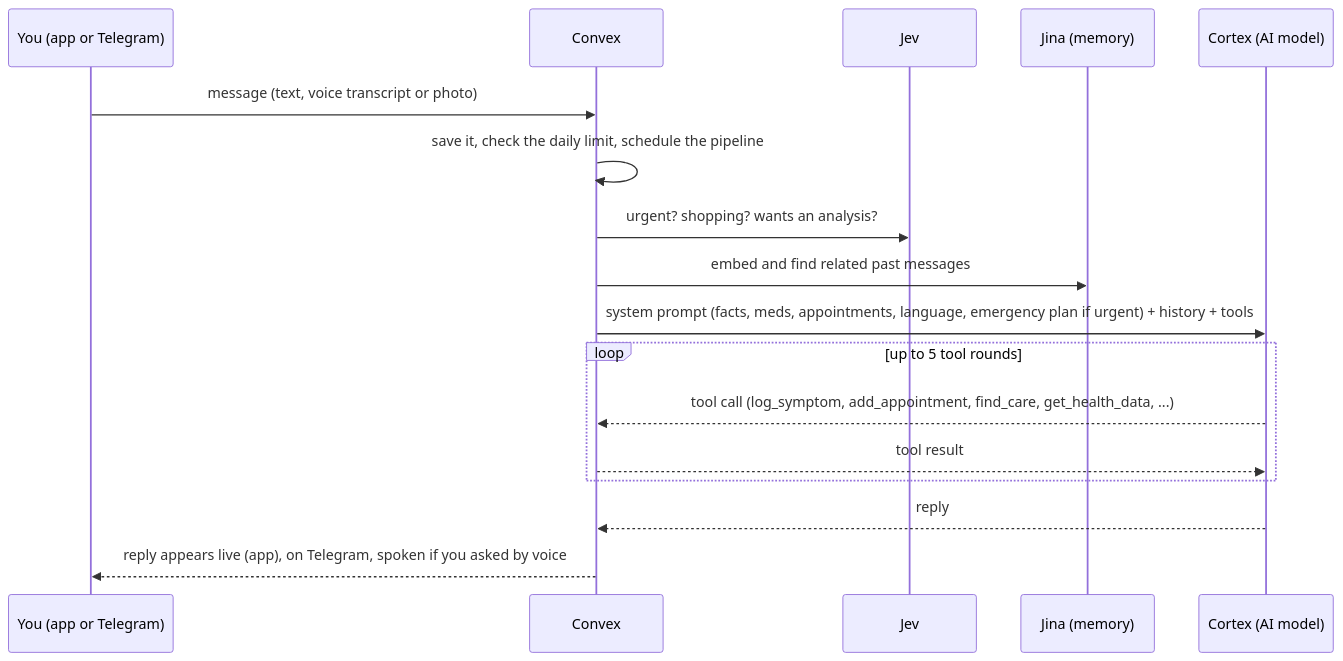
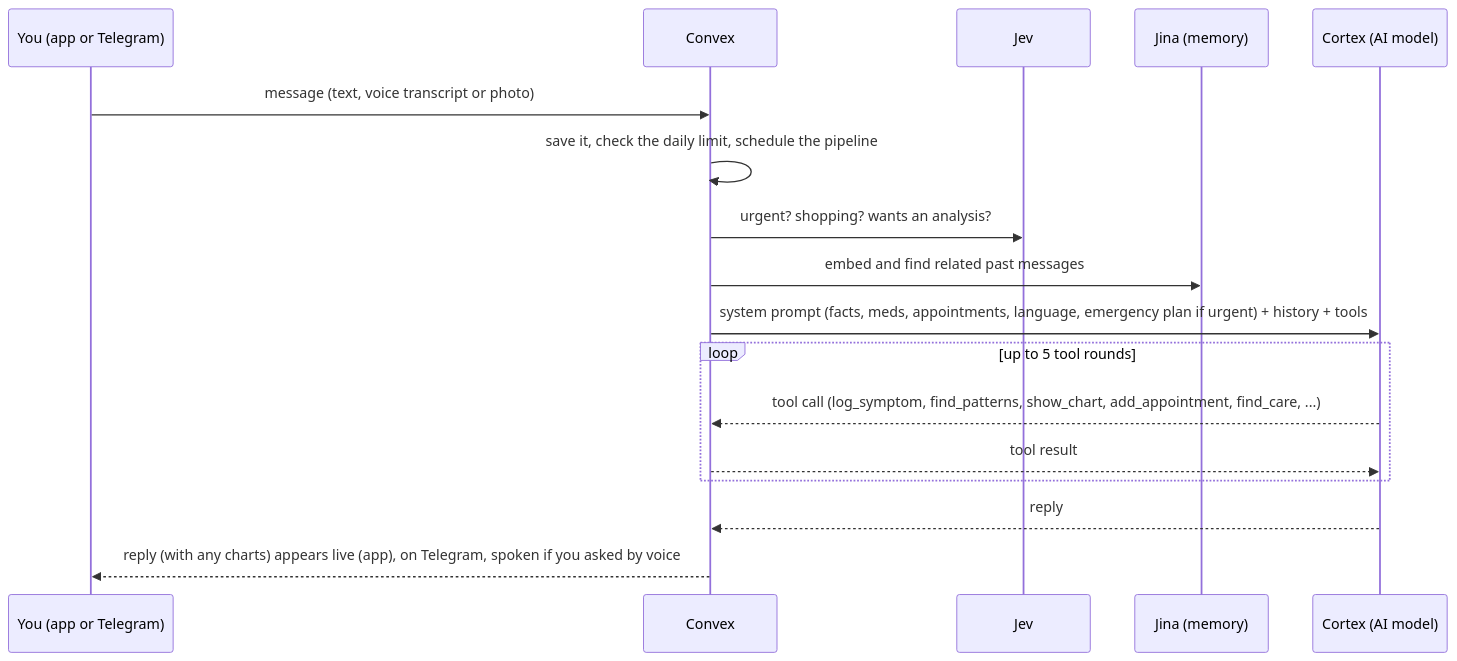
One commit to johnandrian/wellnest changed the second of 4 diagrams in README.md. Above: the diagram before and after it, drawn with Mermaid. The commit also changed other lines of this file, not shown here.

Commit message:
doc: describe patterns, weather triggers, charts in chat, appointment questions and the weekly summary in the README

````diff
--- a/README.md
+++ b/README.md
@@ -62,19 +64,19 @@
 ```mermaid
 sequenceDiagram
   participant U as You (app or Telegram)
   participant C as Convex
   participant J as Jev
   participant M as Jina (memory)
   participant AI as Cortex (AI model)
   U->>C: message (text, voice transcript or photo)
   C->>C: save it, check the daily limit, schedule the pipeline
   C->>J: urgent? shopping? wants an analysis?
   C->>M: embed and find related past messages
   C->>AI: system prompt (facts, meds, appointments, language, emergency plan if urgent) + history + tools
   loop up to 5 tool rounds
-    AI-->>C: tool call (log_symptom, add_appointment, find_care, get_health_data, ...)
+    AI-->>C: tool call (log_symptom, find_patterns, show_chart, add_appointment, find_care, ...)
     C-->>AI: tool result
   end
   AI-->>C: reply
-  C-->>U: reply appears live (app), on Telegram, spoken if you asked by voice
+  C-->>U: reply (with any charts) appears live (app), on Telegram, spoken if you asked by voice
 ```
````
